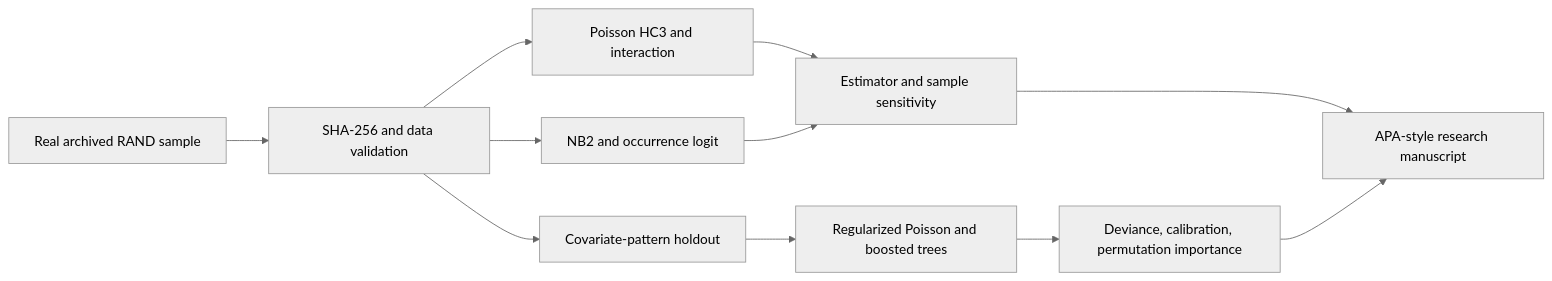
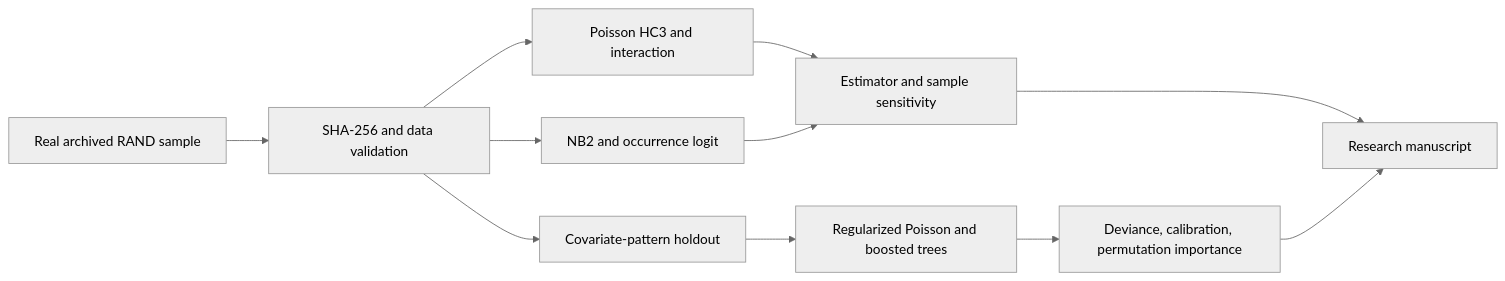
The diagram in README.md (muhammad-siddique-research/price-of-care-health-economics), drawn with Mermaid (neutral theme) before and after one commit. The commit also changed other lines of this file, not shown here.

````diff
--- a/README.md
+++ b/README.md
@@ -81,13 +79,13 @@
 ```mermaid
 flowchart LR
     A[Real archived RAND sample] --> B[SHA-256 and data validation]
     B --> C[Poisson HC3 and interaction]
     B --> D[NB2 and occurrence logit]
     C --> E[Estimator and sample sensitivity]
     D --> E
     B --> F[Covariate-pattern holdout]
     F --> G[Regularized Poisson and boosted trees]
     G --> H[Deviance, calibration, permutation importance]
-    E --> I[APA-style research manuscript]
+    E --> I[Research manuscript]
     H --> I
 ```
````
